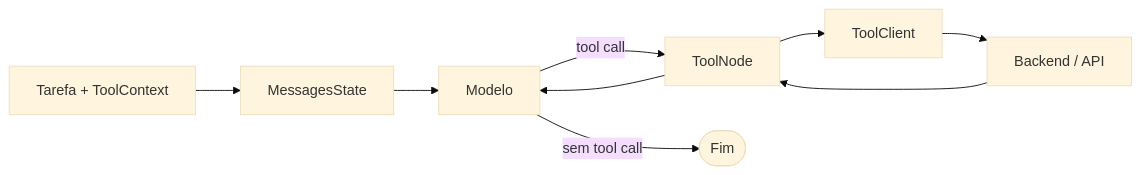
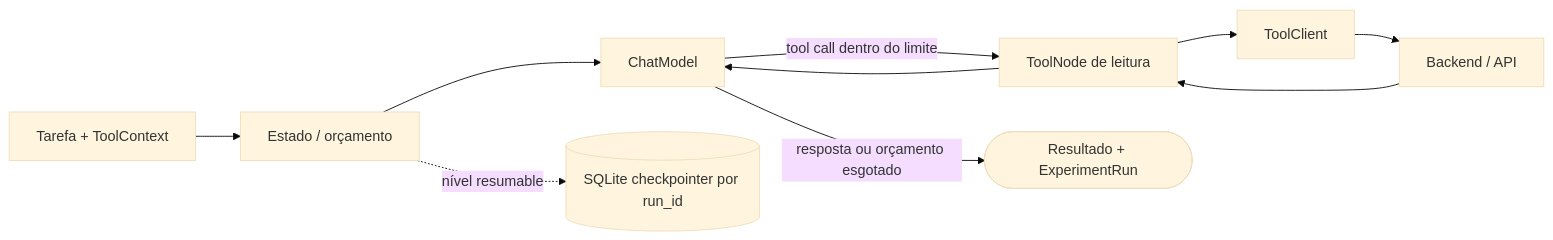
The diagram in agents/langgraph/README.md (CIIA-DF/benchmark-ciia-hermes), drawn with Mermaid (base theme) before and after one commit. The commit also changed other lines of this file and 28 other files, not shown here.

````diff
--- a/agents/langgraph/README.md
+++ b/agents/langgraph/README.md
@@ -7,10 +67,10 @@
 ```mermaid
 flowchart LR
-    T["Tarefa + ToolContext"] --> S["MessagesState"]
-    S --> M["Modelo"]
-    M -->|"tool call"| TN["ToolNode"]
+    T["Tarefa + ToolContext"] --> S["Estado / orçamento"]
+    S --> M["ChatModel"]
+    M -->|"tool call dentro do limite"| TN["ToolNode de leitura"]
     TN --> TC["ToolClient"] --> B["Backend / API"]
-    B --> TN
-    TN --> M
-    M -->|"sem tool call"| E(["Fim"])
+    B --> TN --> M
+    M -->|"resposta ou orçamento esgotado"| E(["Resultado + ExperimentRun"])
+    S -. "nível resumable" .-> CP[("SQLite checkpointer por run_id")]
 ```
````
